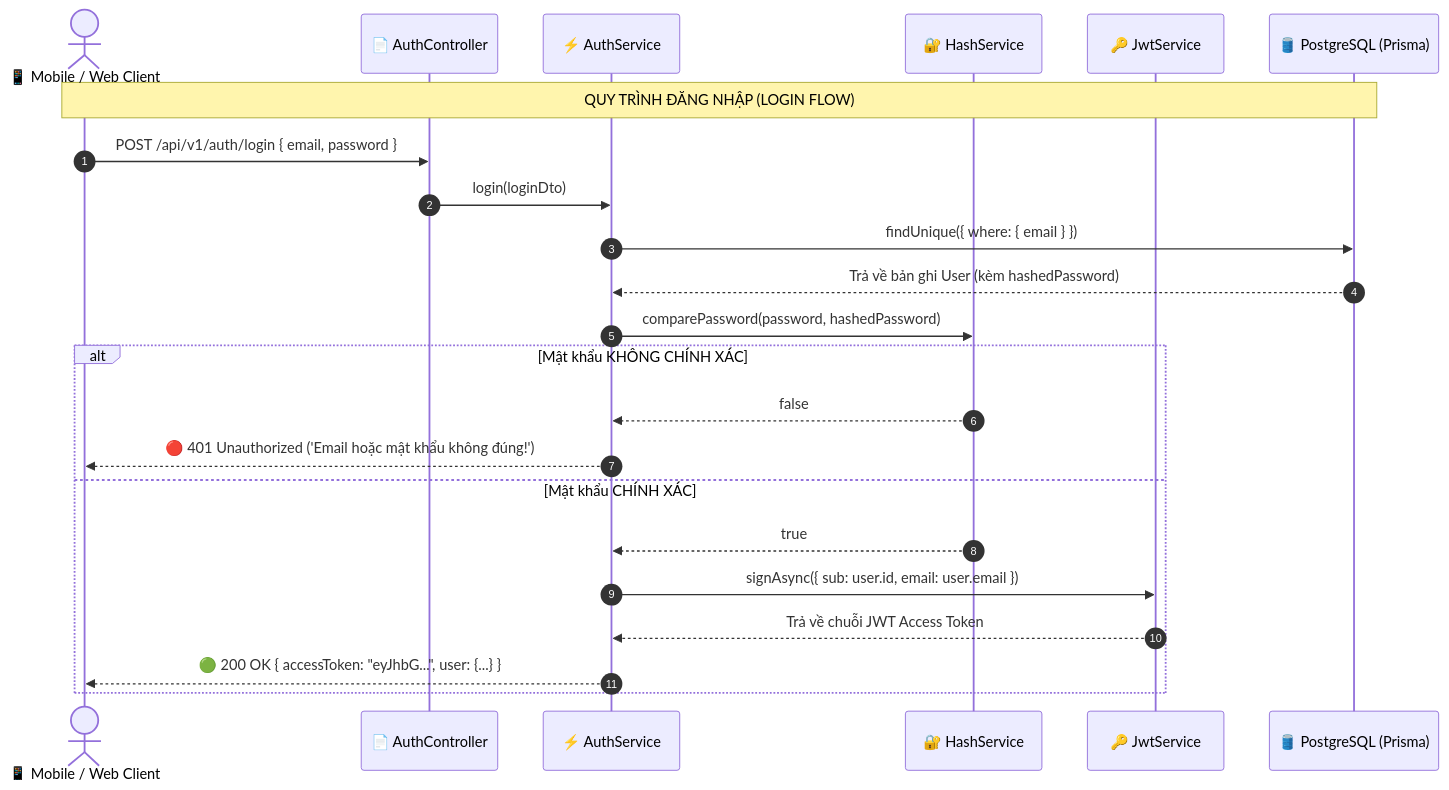
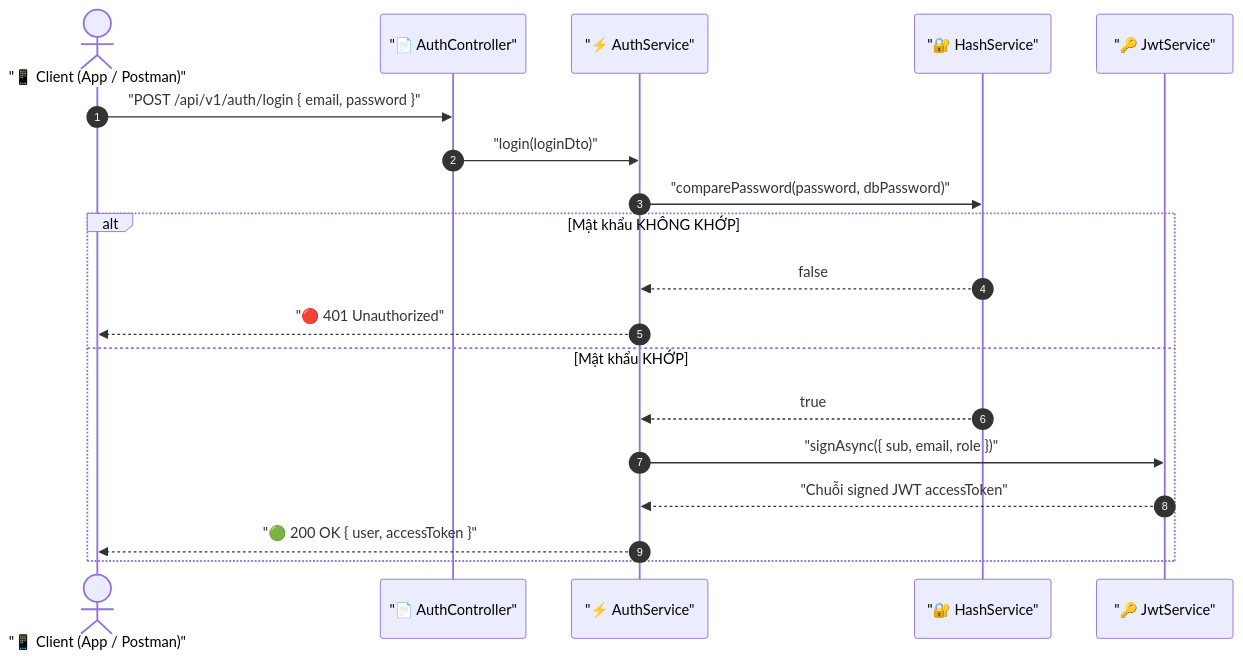
The first of 2 diagrams in docs/modules/module-04/lesson-4.2/lesson-4.2.md (thanhmati/nestjs-basic-course), drawn with Mermaid before and after one commit. The commit also changed other lines of this file and 2 other files, not shown here.

Commit message:
docs: add session vs JWT architecture and UI mockup assets for lesson 4.2

````diff
--- a/docs/modules/module-04/lesson-4.2/lesson-4.2.md
+++ b/docs/modules/module-04/lesson-4.2/lesson-4.2.md
@@ -76,28 +84,23 @@
 ```mermaid
 sequenceDiagram
     autonumber
-    actor Client as 📱 Mobile / Web Client
-    participant Ctrl as 📄 AuthController
-    participant AuthSvc as ⚡ AuthService
-    participant HashSvc as 🔐 HashService
-    participant JwtSvc as 🔑 JwtService
-    participant DB as 🛢️ PostgreSQL (Prisma)
+    actor Client as "📱 Client (App / Postman)"
+    participant Ctrl as "📄 AuthController"
+    participant AuthSvc as "⚡ AuthService"
+    participant HashSvc as "🔐 HashService"
+    participant JwtSvc as "🔑 JwtService"
 
-    Note over Client,DB: QUY TRÌNH ĐĂNG NHẬP (LOGIN FLOW)
-    Client->>Ctrl: POST /api/v1/auth/login { email, password }
-    Ctrl->>AuthSvc: login(loginDto)
-    AuthSvc->>DB: findUnique({ where: { email } })
-    DB-->>AuthSvc: Trả về bản ghi User (kèm hashedPassword)
+    Client->>Ctrl: "POST /api/v1/auth/login { email, password }"
+    Ctrl->>AuthSvc: "login(loginDto)"
+    AuthSvc->>HashSvc: "comparePassword(password, dbPassword)"
 
-    AuthSvc->>HashSvc: comparePassword(password, hashedPassword)
-
-    alt Mật khẩu KHÔNG CHÍNH XÁC
+    alt Mật khẩu KHÔNG KHỚP
         HashSvc-->>AuthSvc: false
-        AuthSvc-->>Client: 🔴 401 Unauthorized ('Email hoặc mật khẩu không đúng!')
-    else Mật khẩu CHÍNH XÁC
+        AuthSvc-->>Client: "🔴 401 Unauthorized"
+    else Mật khẩu KHỚP
         HashSvc-->>AuthSvc: true
-        AuthSvc->>JwtSvc: signAsync({ sub: user.id, email: user.email })
-        JwtSvc-->>AuthSvc: Trả về chuỗi JWT Access Token
-        AuthSvc-->>Client: 🟢 200 OK { accessToken: "eyJhbG...", user: {...} }
+        AuthSvc->>JwtSvc: "signAsync({ sub, email, role })"
+        JwtSvc-->>AuthSvc: "Chuỗi signed JWT accessToken"
+        AuthSvc-->>Client: "🟢 200 OK { user, accessToken }"
     end
 ```
````
